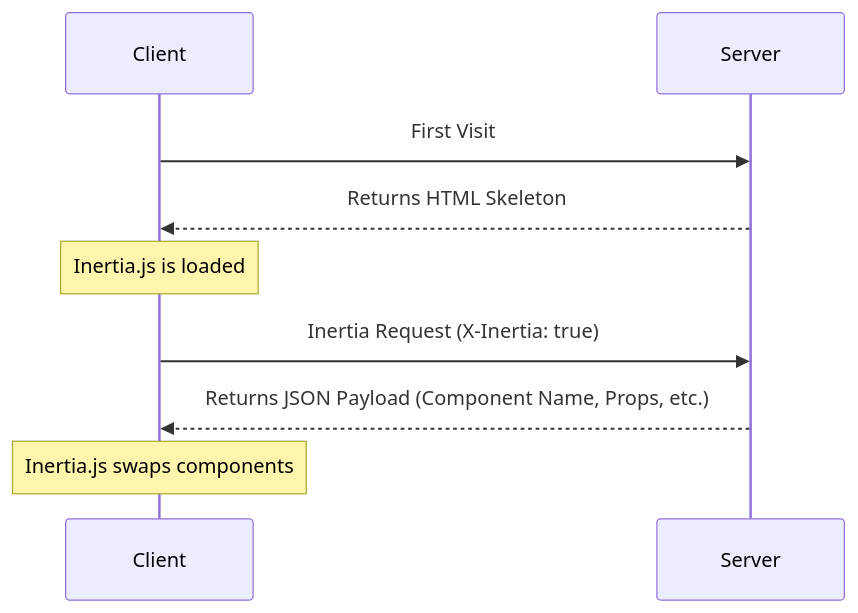
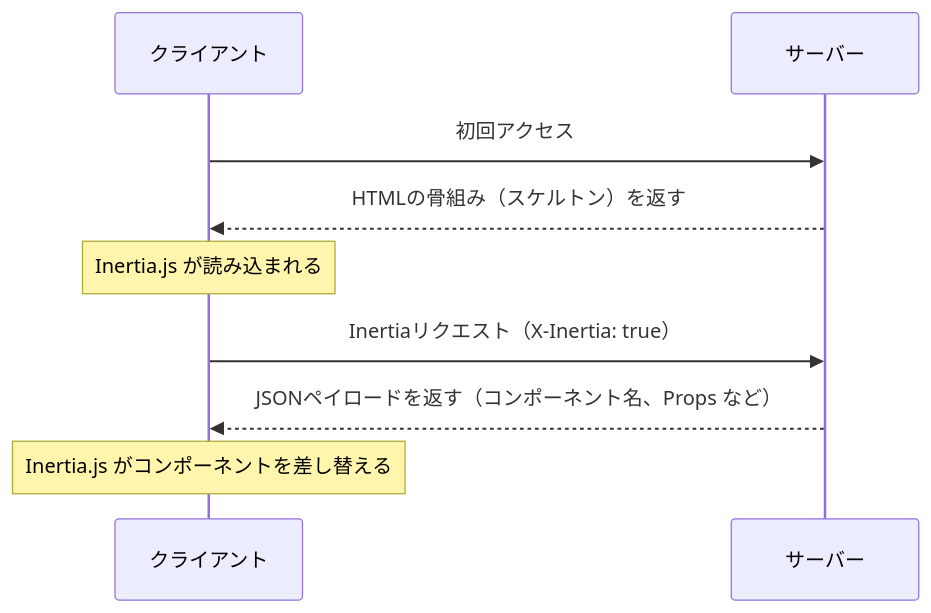
One commit to catatsumuri/knowledge-base-inertia changed the diagram in database/v2-ja/core-concepts/the-protocol.mdx. Above: the diagram before and after it, drawn with Mermaid. The commit also changed other lines of this file and 9 other files, not shown here.

````diff
--- a/database/v2-ja/core-concepts/the-protocol.mdx
+++ b/database/v2-ja/core-concepts/the-protocol.mdx
@@ -78,15 +78,15 @@
 ```mermaid
 sequenceDiagram
-    participant Client
-    participant Server
+    participant クライアント
+    participant サーバー
 
-    Client->>Server: First Visit
-    Server-->>Client: Returns HTML Skeleton
+    クライアント->>サーバー: 初回アクセス
+    サーバー-->>クライアント: HTMLの骨組み（スケルトン）を返す
 
-    Note over Client: Inertia.js is loaded
+    Note over クライアント: Inertia.js が読み込まれる
 
-    Client->>Server: Inertia Request (X-Inertia: true)
-    Server-->>Client: Returns JSON Payload (Component Name, Props, etc.)
+    クライアント->>サーバー: Inertiaリクエスト（X-Inertia: true）
+    サーバー-->>クライアント: JSONペイロードを返す（コンポーネント名、Props など）
 
-    Note over Client: Inertia.js swaps components
+    Note over クライアント: Inertia.js がコンポーネントを差し替える
 ```
````
